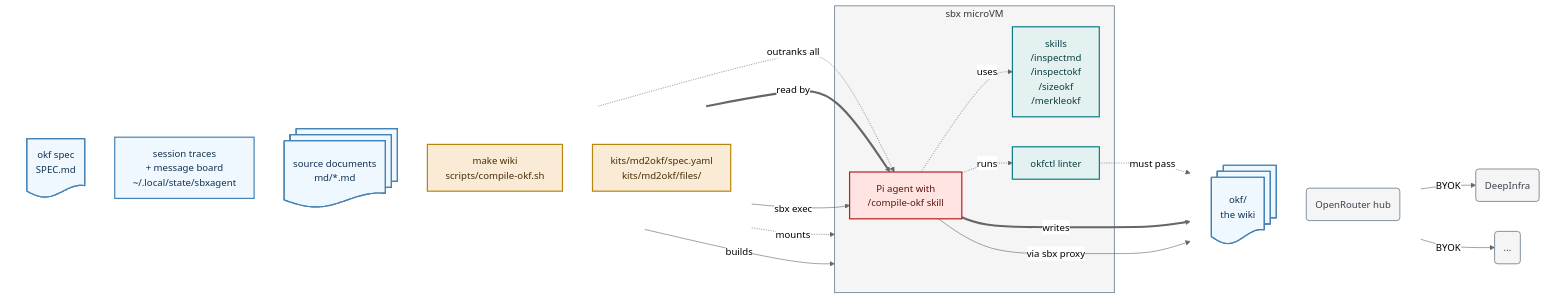
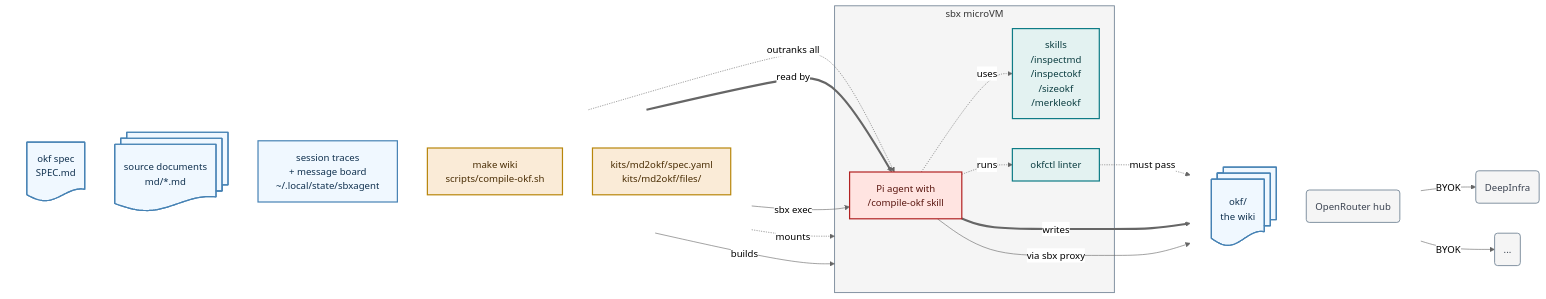
One commit to lars20070/md2okf changed the diagram in README.md. Above: the diagram before and after it, drawn with Mermaid (neutral theme). The commit also changed other lines of this file, not shown here.

Commit message:
Swap MD and STATE in Mermaid diagram

````diff
--- a/README.md
+++ b/README.md
@@ -23,52 +23,52 @@
 ```mermaid
 flowchart LR
   subgraph IN[" "]
     direction TB
     SPEC@{ shape: doc, label: "okf spec<br>SPEC.md"}
+    MD@{ shape: docs, label: "source documents<br>md/*.md"}
     STATE["session traces<br> + message board<br/>~/.local/state/sbxagent"]
-    MD@{ shape: docs, label: "source documents<br>md/*.md"}
     DRV["make wiki<br/>scripts/compile-okf.sh"]
     KIT["kits/md2okf/spec.yaml<br/>kits/md2okf/files/"]
   end
 
   subgraph VM["sbx microVM"]
     PI["Pi agent with<br/>/compile-okf skill"]
     TOOLS["skills<br>/inspectmd<br/>/inspectokf<br/>/sizeokf<br/>/merkleokf"]
     LINT["okfctl linter"]
   end
 
   subgraph OUT[" "]
     direction TB
     OKF@{ shape: docs, label: "okf/<br/>the wiki"}
     NET("OpenRouter hub")
   end
   NET1("DeepInfra")
   NET2("...")
 
   SPEC -.->|"outranks all"| PI
+  MD ==>|"read by"| PI
   STATE -.->|"mounts"| VM
   STATE ~~~ PI
-  MD ==>|"read by"| PI
   DRV -->|"sbx exec"| PI
   KIT -->|"builds"| VM
   PI -.->|"uses"| TOOLS
   PI -.->|"runs"| LINT
   LINT -.->|"must pass"| OKF
   PI ==>|"writes"| OKF
   PI -->|"via sbx proxy"| NET
   NET -->|"BYOK"| NET1 & NET2
 
   classDef data    fill:aliceblue,stroke:steelblue,stroke-width:2px,color:#10314F
   classDef host    fill:antiquewhite,stroke:darkgoldenrod,stroke-width:2px,color:#4A2E05
   classDef helper  fill:#E3F2F1,stroke:#0E7C86,stroke-width:2px,color:#0B3D40
   classDef agent   fill:mistyrose,stroke:firebrick,stroke-width:2px,color:#5A1710
   classDef ext     fill:whitesmoke,stroke:lightslategray,stroke-width:1.5px,color:#3A4250
   class MD,SPEC,STATE,OKF data
   class KIT,DRV host
   class TOOLS,LINT helper
   class PI agent
   class NET,NET1,NET2 ext
   style VM fill:whitesmoke,stroke:lightslategray,stroke-width:1.5px
   style IN fill:none,stroke:none
   style OUT fill:none,stroke:none
 ```
````
